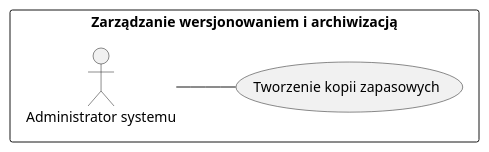
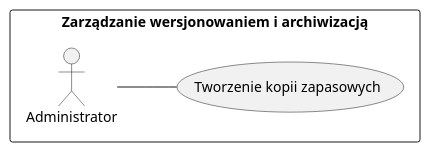
Before and after one commit to aleksanderpiluk/IWO: the diagram in dokumentacja/specyfikacja.wymagan/4.wymagania.uzytkownika/4.1.wymagania.funkcjonalne/4.1.8.zarzadzanie.wersjonowaniem.i.archiwizacja/diagram.puml, drawn with PlantUML. The commit also changed 7 other files, not shown here.

```diff
--- a/dokumentacja/specyfikacja.wymagan/4.wymagania.uzytkownika/4.1.wymagania.funkcjonalne/4.1.8.zarzadzanie.wersjonowaniem.i.archiwizacja/diagram.puml
+++ b/dokumentacja/specyfikacja.wymagan/4.wymagania.uzytkownika/4.1.wymagania.funkcjonalne/4.1.8.zarzadzanie.wersjonowaniem.i.archiwizacja/diagram.puml
@@ -1,11 +1,11 @@
 @startuml diagram
 left to right direction
 
 rectangle "Zarządzanie wersjonowaniem i archiwizacją" {
-    actor "Administrator systemu" as Administrator
+    actor Administrator
     usecase (Tworzenie kopii zapasowych) as Kopie
 
     Administrator -- Kopie
 }
 
 @enduml
```
